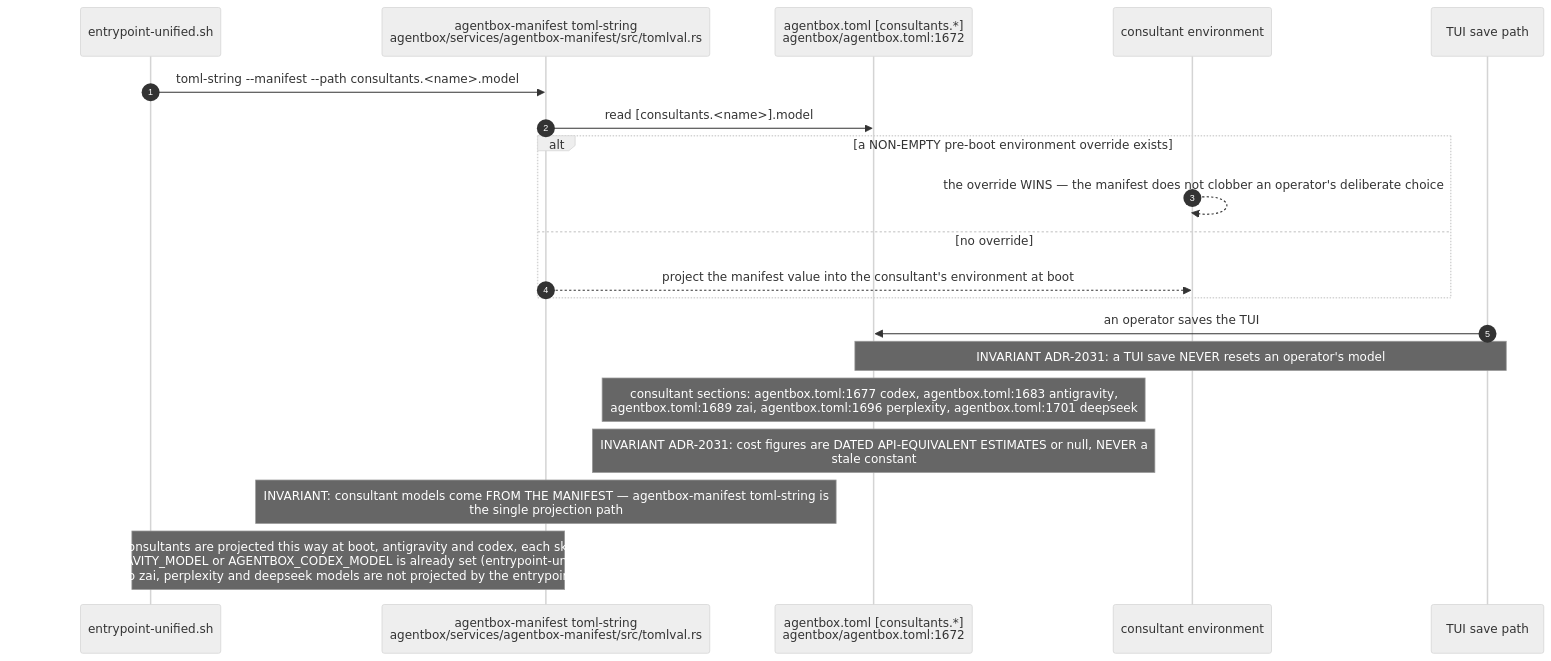
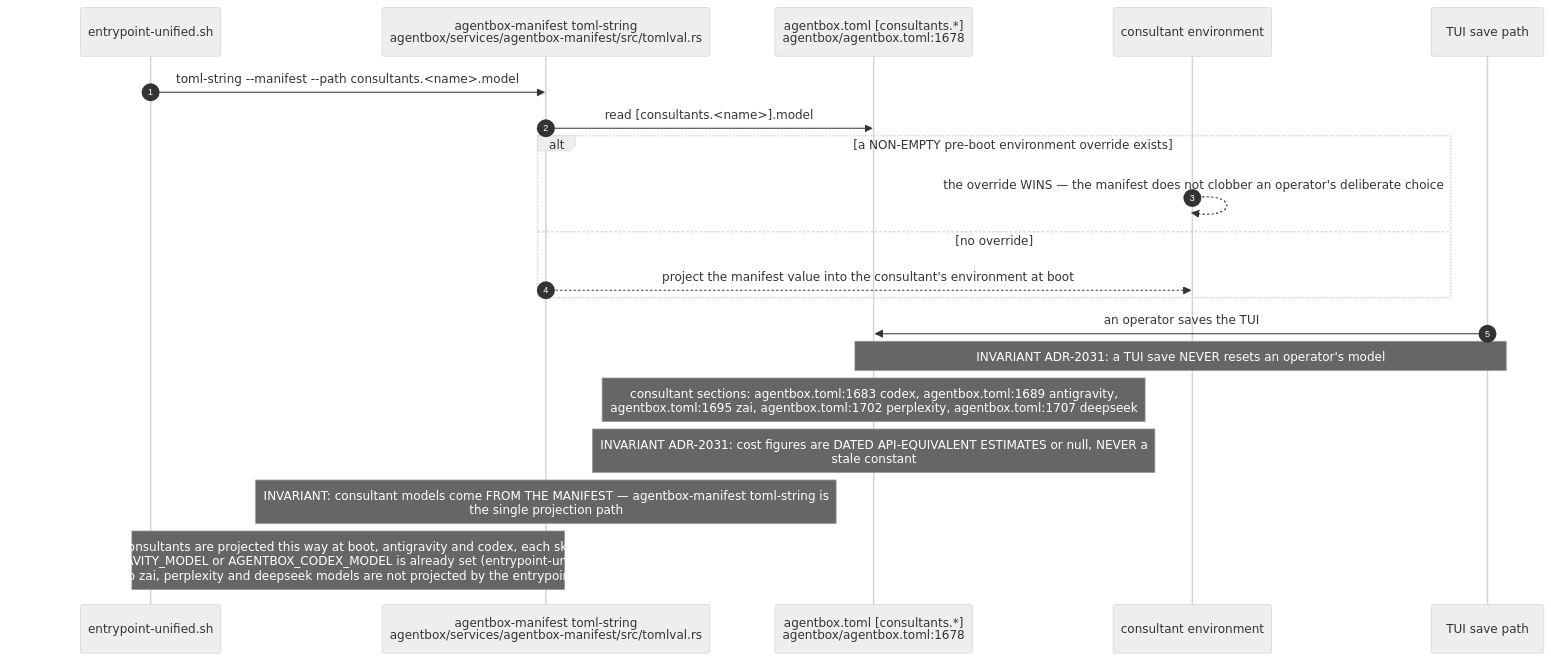
One commit to DreamLab-AI/VisionFlow changed the third of 10 diagrams in docs/diagrams/agentbox/28-agentbox-services-and-manifest-binary.md. Above: the diagram before and after it, drawn with Mermaid (neutral theme). The commit also changed other lines of this file and 36 other files, not shown here.

First line of the commit message:
docs(diagrams): re-derive and re-stamp agentbox, dream-engine, visioncraft, visiontouch and vowl topics; drop LAN addresses

````diff
--- a/docs/diagrams/agentbox/28-agentbox-services-and-manifest-binary.md
+++ b/docs/diagrams/agentbox/28-agentbox-services-and-manifest-binary.md
@@ -192,23 +194,23 @@
 ```mermaid
 sequenceDiagram
     autonumber
     participant EP as entrypoint-unified.sh
     participant BIN as agentbox-manifest toml-string<br/>agentbox/services/agentbox-manifest/src/tomlval.rs
-    participant TOML as agentbox.toml [consultants.*]<br/>agentbox/agentbox.toml:1672
+    participant TOML as agentbox.toml [consultants.*]<br/>agentbox/agentbox.toml:1678
     participant ENV as consultant environment
     participant TUI as TUI save path
 
     EP->>BIN: toml-string --manifest --path consultants.<name>.model
     BIN->>TOML: read [consultants.<name>].model
     alt a NON-EMPTY pre-boot environment override exists
         ENV-->>ENV: the override WINS — the manifest does not clobber an operator's deliberate choice
     else no override
         BIN-->>ENV: project the manifest value into the consultant's environment at boot
     end
     TUI->>TOML: an operator saves the TUI
     Note over TUI,TOML: INVARIANT ADR-2031: a TUI save NEVER resets an operator's model
-    Note over TOML: consultant sections: agentbox.toml:1677 codex, agentbox.toml:1683 antigravity,<br/>agentbox.toml:1689 zai, agentbox.toml:1696 perplexity, agentbox.toml:1701 deepseek
+    Note over TOML: consultant sections: agentbox.toml:1683 codex, agentbox.toml:1689 antigravity,<br/>agentbox.toml:1695 zai, agentbox.toml:1702 perplexity, agentbox.toml:1707 deepseek
     Note over TOML: INVARIANT ADR-2031: cost figures are DATED API-EQUIVALENT ESTIMATES or null, NEVER a<br/>stale constant
     Note over BIN: INVARIANT: consultant models come FROM THE MANIFEST — agentbox-manifest toml-string is<br/>the single projection path
-    Note over EP,BIN: only TWO consultants are projected this way at boot, antigravity and codex, each skipped when<br/>AGENTBOX_ANTIGRAVITY_MODEL or AGENTBOX_CODEX_MODEL is already set (entrypoint-unified.sh:3338-3349),<br/>so zai, perplexity and deepseek models are not projected by the entrypoint
+    Note over EP,BIN: only TWO consultants are projected this way at boot, antigravity and codex, each skipped when<br/>AGENTBOX_ANTIGRAVITY_MODEL or AGENTBOX_CODEX_MODEL is already set (entrypoint-unified.sh:3336-3347),<br/>so zai, perplexity and deepseek models are not projected by the entrypoint
 ```
````
